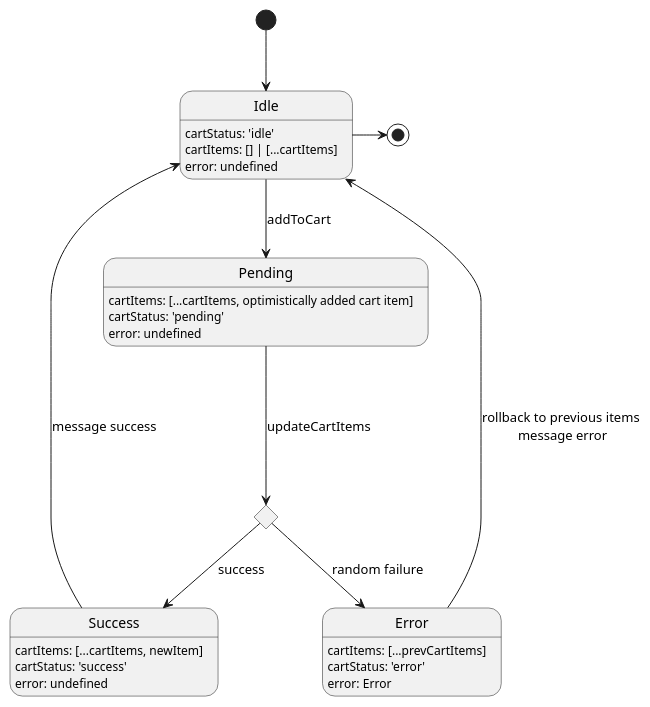
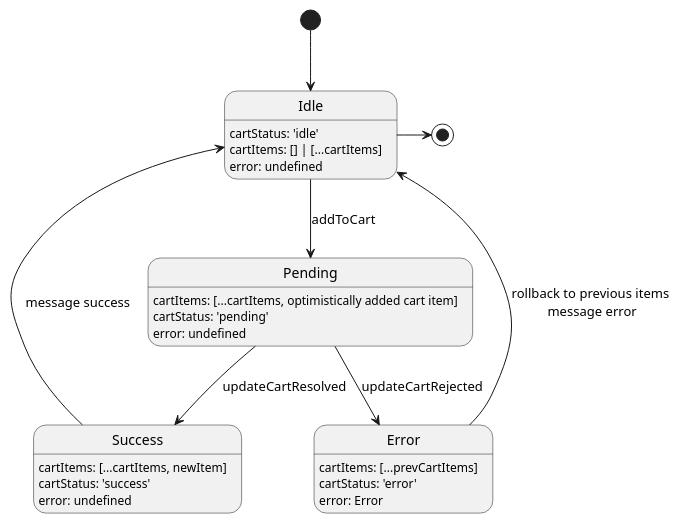
Before and after one commit to annaszalkiewicz/ecommerce: the diagram in docs/state-machine.puml, drawn with PlantUML. The commit also changed 8 other files, not shown here.

Commit message:
docs: update state diagram

```diff
--- a/docs/state-machine.puml
+++ b/docs/state-machine.puml
@@ -1,31 +1,27 @@
 @startuml Add to cart state machine
 [*] --> Idle
 
 Idle: cartStatus: 'idle'
 Idle: cartItems: [] | [...cartItems]
 Idle: error: undefined
 
 Idle -down-> Pending : addToCart
 Pending: cartItems: [...cartItems, optimistically added cart item]
 Pending: cartStatus: 'pending'
 Pending: error: undefined
 
-state condition1 <<choice>>
-
-Pending -down--> condition1 : updateCartItems
-condition1 --> Success : success
-condition1 --> Error : random failure
-
+Pending -down-> Success : updateCartResolved
 Success: cartItems: [...cartItems, newItem]
 Success: cartStatus: 'success'
 Success: error: undefined
 
+Pending -down-> Error : updateCartRejected
 Error: cartItems: [...prevCartItems]
 Error: cartStatus: 'error'
 Error: error: Error
 
 Success --> Idle : message success
 Error --> Idle : rollback to previous items \nmessage error
 
 Idle -right--> [*]
 @enduml
```
